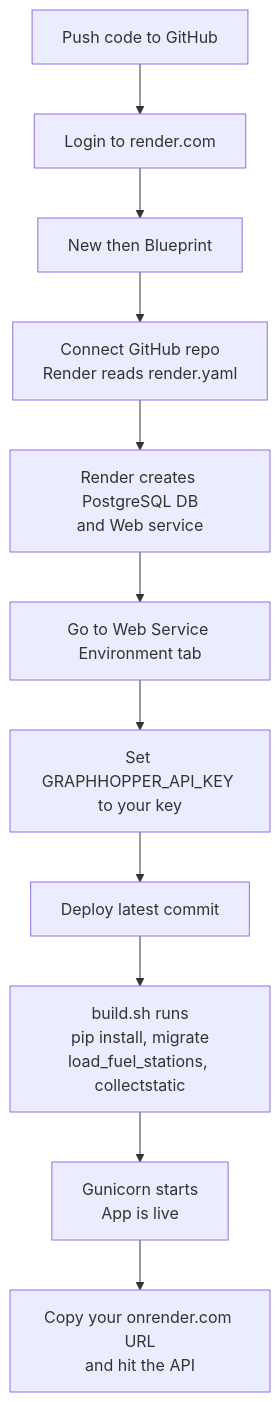
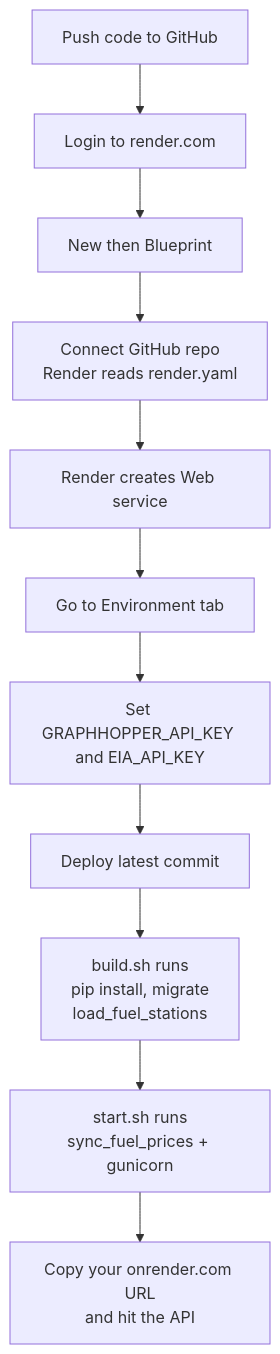
The fourth of 5 diagrams in README.md (Kira714/django-api), drawn with Mermaid before and after one commit. The commit also changed other lines of this file and 13 other files, not shown here.

First line of the commit message:
feat: switch to JSON stations, EIA pricing sync, and optional vehicle config

````diff
--- a/README.md
+++ b/README.md
@@ -354,13 +359,13 @@
 ```mermaid
 flowchart TD
     A[Push code to GitHub] --> B[Login to render.com]
     B --> C[New then Blueprint]
     C --> D[Connect GitHub repo\nRender reads render.yaml]
-    D --> E[Render creates PostgreSQL DB\nand Web service]
-    E --> F[Go to Web Service Environment tab]
-    F --> G[Set GRAPHHOPPER_API_KEY to your key]
+    D --> E[Render creates Web service]
+    E --> F[Go to Environment tab]
+    F --> G[Set GRAPHHOPPER_API_KEY and EIA_API_KEY]
     G --> H[Deploy latest commit]
-    H --> I[build.sh runs\npip install, migrate\nload_fuel_stations, collectstatic]
-    I --> J[Gunicorn starts\nApp is live]
+    H --> I[build.sh runs\npip install, migrate\nload_fuel_stations]
+    I --> J[start.sh runs\nsync_fuel_prices + gunicorn]
     J --> K[Copy your onrender.com URL\nand hit the API]
 ```
````
